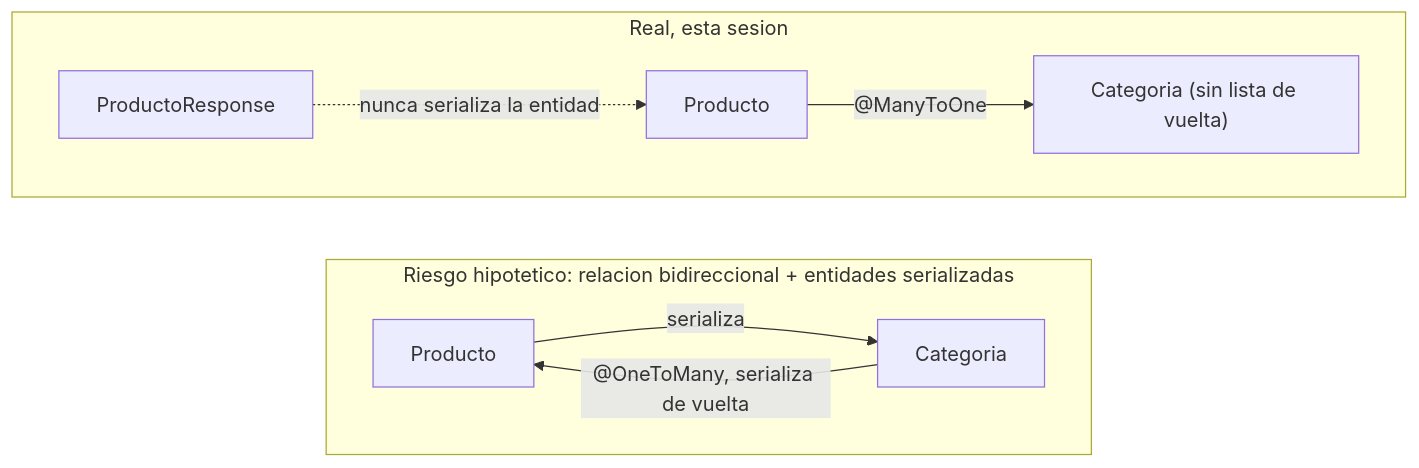
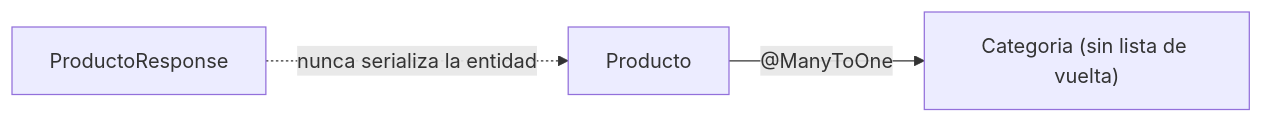
One commit to 262ciclo4/bomerp changed the fifth of 10 diagrams in docs/lp2/sesiones/S03_Objetos_Relacionados_Categoria_Producto.md. Above: the diagram before and after it, drawn with Mermaid. The commit also changed other lines of this file and 9 other files, not shown here.

````diff
--- a/docs/lp2/sesiones/S03_Objetos_Relacionados_Categoria_Producto.md
+++ b/docs/lp2/sesiones/S03_Objetos_Relacionados_Categoria_Producto.md
@@ -207,13 +209,9 @@
 ```mermaid
 flowchart LR
-    subgraph Riesgo["Riesgo hipotetico: relacion bidireccional + entidades serializadas"]
-        direction LR
-        P1["Producto"] -->|"serializa"| C1["Categoria"]
-        C1 -->|"@OneToMany, serializa de vuelta"| P1
-    end
-    subgraph Real["Real, esta sesion"]
-        direction LR
-        P2["Producto"] -->|"@ManyToOne"| C2["Categoria (sin lista de vuelta)"]
-        DTO["ProductoResponse"] -.->|"nunca serializa la entidad"| P2
-    end
+    DTO["ProductoResponse"]
+    P["Producto"]
+    C["Categoria (sin lista de vuelta)"]
+
+    DTO -.->|"nunca serializa la entidad"| P
+    P -->|"@ManyToOne"| C
 ```
````
